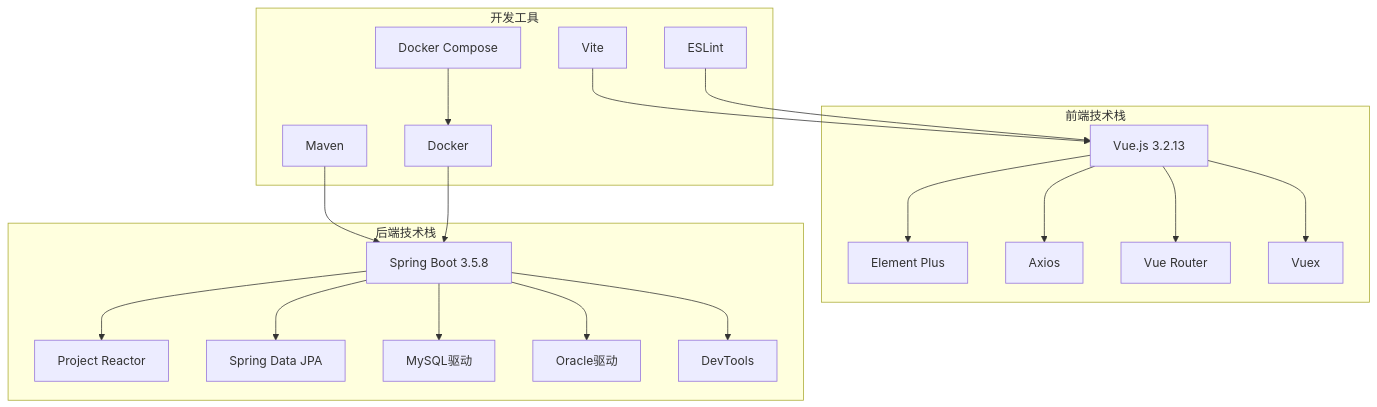
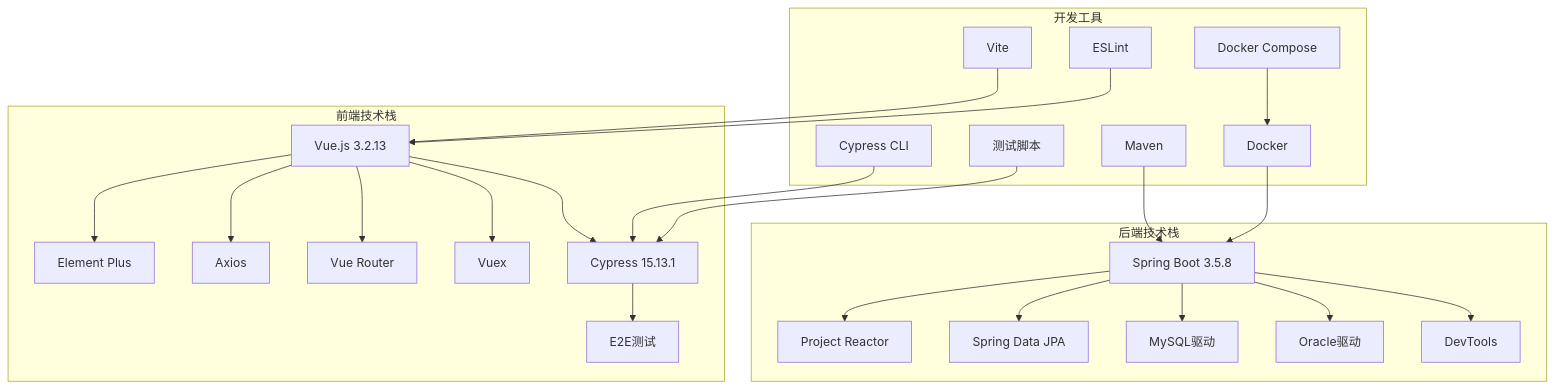
Diagram 14 of 19 in .qoder/repowiki/zh/content/Development Environment Features.md (liuzh2008/med_ai_assistant_workspace), drawn with Mermaid before and after one commit. The commit also changed other lines of this file and 3 other files, not shown here.

````diff
--- a/.qoder/repowiki/zh/content/Development Environment Features.md
+++ b/.qoder/repowiki/zh/content/Development Environment Features.md
@@ -417,39 +672,47 @@
 ```mermaid
 graph TB
 subgraph "前端技术栈"
 VUE[Vue.js 3.2.13]
 ELEMENT[Element Plus]
 AXIOS[Axios]
 ROUTER[Vue Router]
 STORE[Vuex]
+CYPRESS[Cypress 15.13.1]
+END_TO_END[E2E测试]
 end
 subgraph "后端技术栈"
 SPRING[Spring Boot 3.5.8]
 REACTOR[Project Reactor]
 JPA[Spring Data JPA]
 MYSQL[MySQL驱动]
 ORACLE[Oracle驱动]
 DEVTOOLS[DevTools]
 end
 subgraph "开发工具"
 MAVEN[Maven]
 DOCKER[Docker]
 COMPOSE[Docker Compose]
 VITE[Vite]
 ESLINT[ESLint]
+CYPRESS_CLI[Cypress CLI]
+TEST_SCRIPTS[测试脚本]
 end
 VUE --> ELEMENT
 VUE --> AXIOS
 VUE --> ROUTER
 VUE --> STORE
+VUE --> CYPRESS
+CYPRESS --> END_TO_END
 SPRING --> REACTOR
 SPRING --> JPA
 SPRING --> MYSQL
 SPRING --> ORACLE
 SPRING --> DEVTOOLS
 MAVEN --> SPRING
 DOCKER --> SPRING
 COMPOSE --> DOCKER
 VITE --> VUE
 ESLINT --> VUE
+CYPRESS_CLI --> CYPRESS
+TEST_SCRIPTS --> CYPRESS
 ```
````
